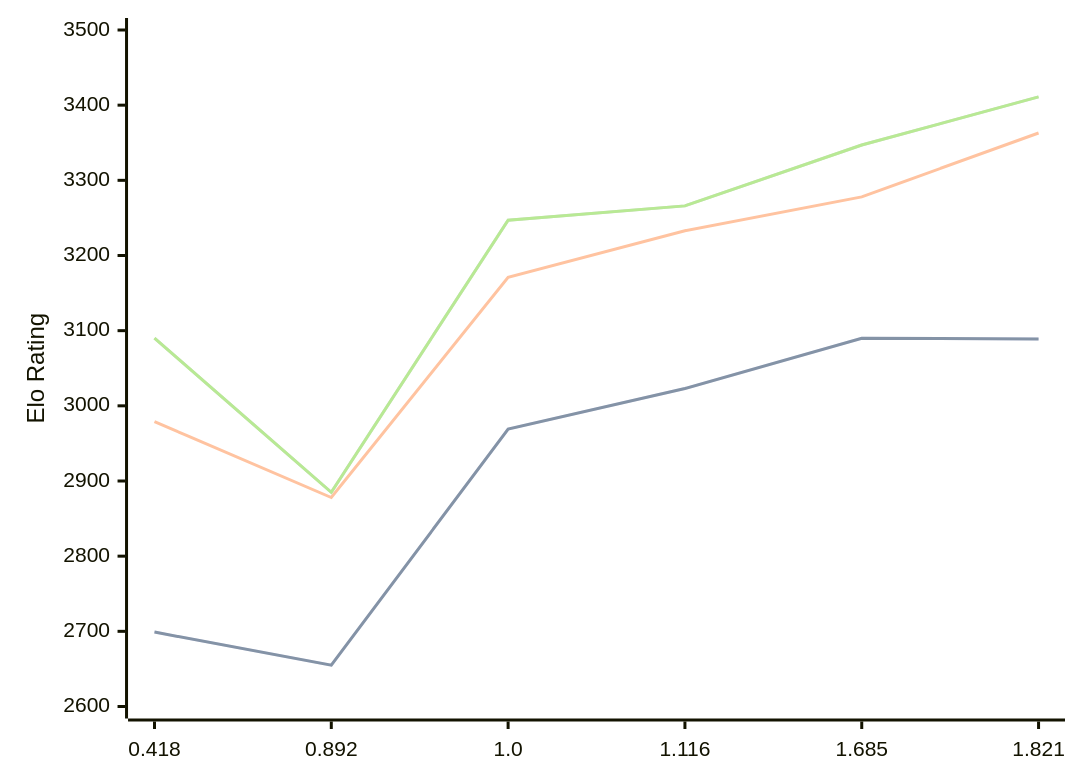
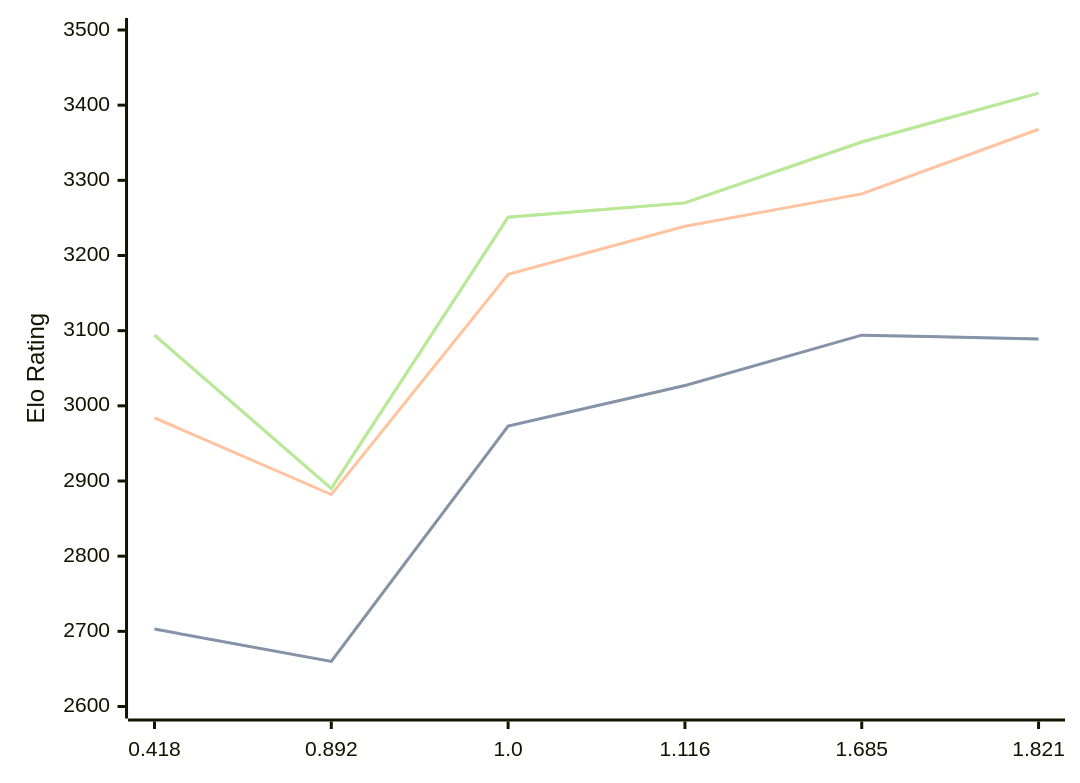
Before and after one commit to computer-chess-index/cci: the diagram in engines/Malika.md, drawn with Mermaid. The commit also changed other lines of this file, not shown here.

Commit message:
Update CCI Ratings (ELO VLTC) - 2026-08-18

````diff
--- a/engines/Malika.md
+++ b/engines/Malika.md
@@ -36,11 +36,11 @@
 ```mermaid
 %%{init: {"theme":"base","themeVariables":{"seriesColors:['#a3a3a3','#222221','#faa371']}}}%%
 xychart-beta
   x-axis ["0.418", "0.892", "1.0", "1.116", "1.685", "1.821"]
   y-axis "Elo Rating" 2600 --> 3500
-  line "STC (8.0+0.08s)" [2699, 2655, 2969, 3023, 3090, 3089]
-  line "STC (8.0+0.08s)" [2699, 2655, 2969, 3023, 3090, 3089]
-  line "LTC (60.0+0.60s)" [2979, 2878, 3171, 3233, 3278, 3363]
-  line "VLTC (2m24s+1.12s)" [3090, 2885, 3247, 3266, 3347, 3411]
-  line "VLTC (2m24s+1.12s)" [3090, 2885, 3247, 3266, 3347, 3411]
+  line "STC (8.0+0.08s)" [2703, 2660, 2973, 3027, 3094, 3089]
+  line "STC (8.0+0.08s)" [2703, 2660, 2973, 3027, 3094, 3089]
+  line "LTC (60.0+0.60s)" [2984, 2882, 3175, 3239, 3282, 3368]
+  line "VLTC (2m24s+1.12s)" [3094, 2890, 3251, 3270, 3351, 3416]
+  line "VLTC (2m24s+1.12s)" [3094, 2890, 3251, 3270, 3351, 3416]
 ```
````
